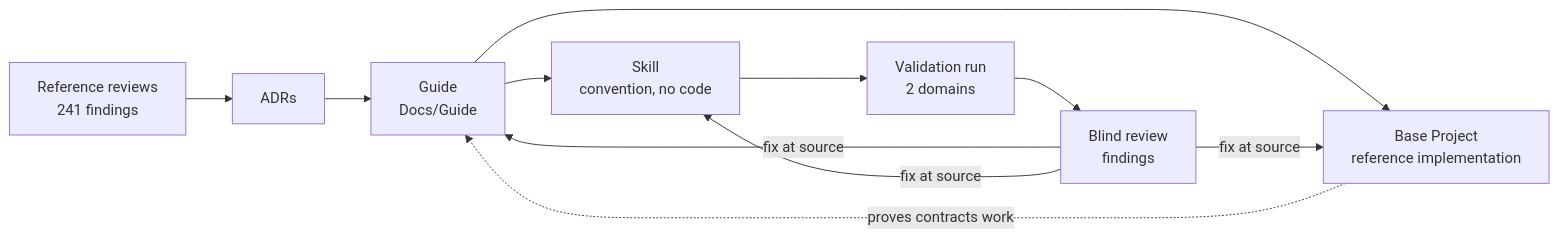
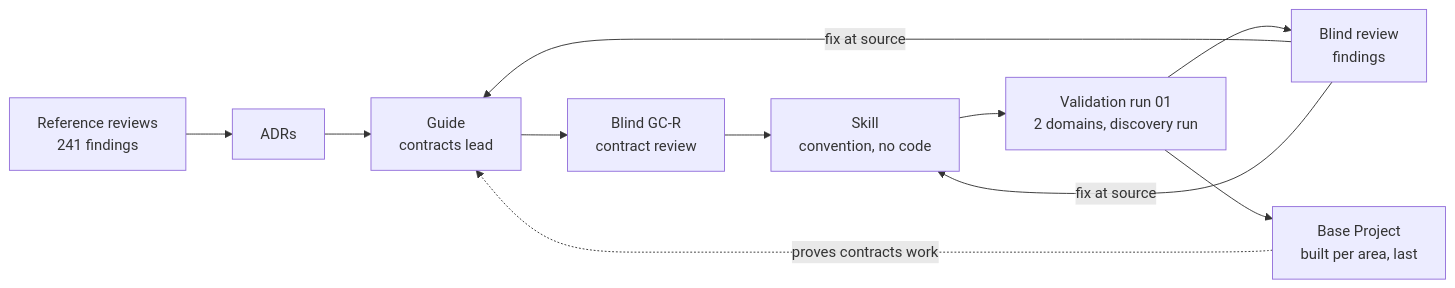
The first of 2 diagrams in documentation/Features/to-do/Spring-Boot-Architecture-Guide-and-Base-Project.md (JoseLievano/spring-boot-backend-skill), drawn with Mermaid before and after one commit. The commit also changed other lines of this file and 3 other files, not shown here.

````diff
--- a/documentation/Features/to-do/Spring-Boot-Architecture-Guide-and-Base-Project.md
+++ b/documentation/Features/to-do/Spring-Boot-Architecture-Guide-and-Base-Project.md
@@ -121,13 +139,13 @@
 ```mermaid
 flowchart LR
     R[Reference reviews<br/>241 findings] --> A[ADRs]
-    A --> G[Guide<br/>Docs/Guide]
-    G --> B[Base Project<br/>reference implementation]
-    G --> S[Skill<br/>convention, no code]
-    B -.->|proves contracts work| G
-    S --> V[Validation run<br/>2 domains]
+    A --> G[Guide<br/>contracts lead]
+    G --> GR[Blind GC-R<br/>contract review]
+    GR --> S[Skill<br/>convention, no code]
+    S --> V[Validation run 01<br/>2 domains, discovery run]
     V --> C[Blind review<br/>findings]
     C -->|fix at source| G
-    C -->|fix at source| B
     C -->|fix at source| S
+    V --> B[Base Project<br/>built per area, last]
+    B -.->|proves contracts work| G
 ```
````
